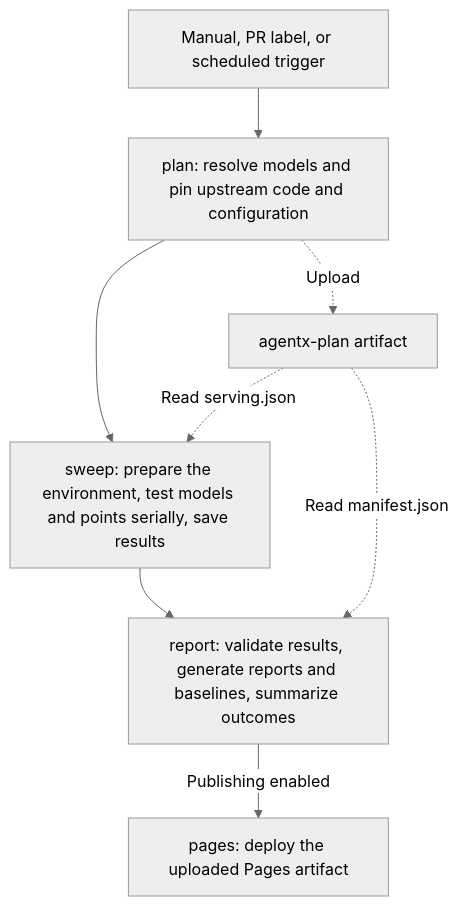
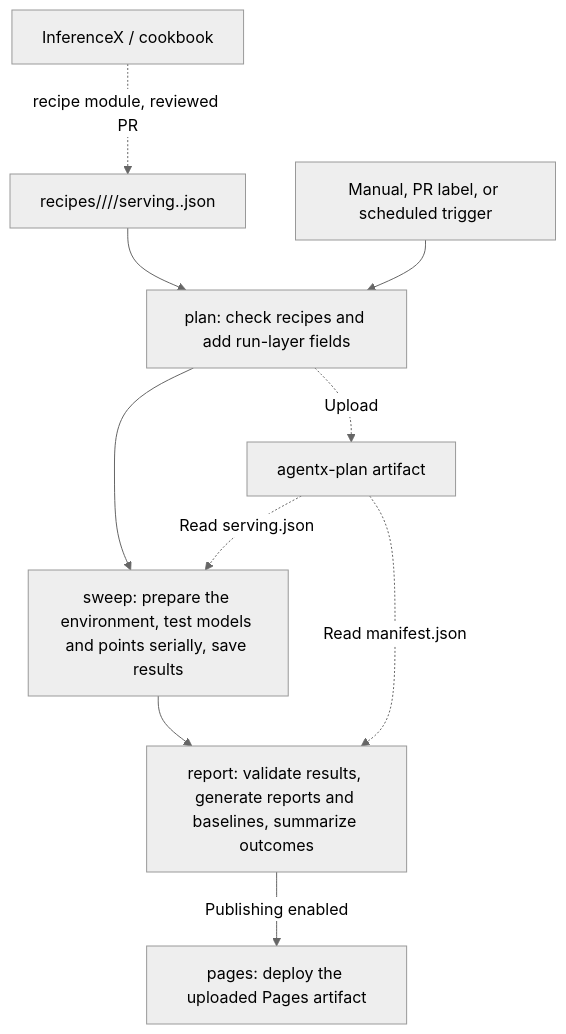
Before and after one commit to AMD-AGI/AKLR: the diagram in benchmarks/agentx/README.md, drawn with Mermaid (neutral theme). The commit also changed other lines of this file and 34 other files, not shown here.

First line of the commit message:
feat(agentx): plan from reviewed recipe files, add vLLM and per-framework runs

````diff
--- a/benchmarks/agentx/README.md
+++ b/benchmarks/agentx/README.md
@@ -11,10 +11,11 @@
 ```mermaid
 flowchart TD
-    T["Manual, PR label, or scheduled trigger"] --> P["plan: resolve models and pin upstream code and configuration"]
+    X["InferenceX / cookbook"] -.->|"recipe module, reviewed PR"| L["recipes/<family>/<target>/<framework>/serving.<model>.json"] --> P
+    T["Manual, PR label, or scheduled trigger"] --> P["plan: check recipes and add run-layer fields"]
     P --> S["sweep: prepare the environment, test models and points serially, save results"]
     S --> R["report: validate results, generate reports and baselines, summarize outcomes"]
     R -->|"Publishing enabled"| D["pages: deploy the uploaded Pages artifact"]
     P -.->|"Upload"| A["agentx-plan artifact"]
     A -.->|"Read serving.json"| S
     A -.->|"Read manifest.json"| R
 ```
````
